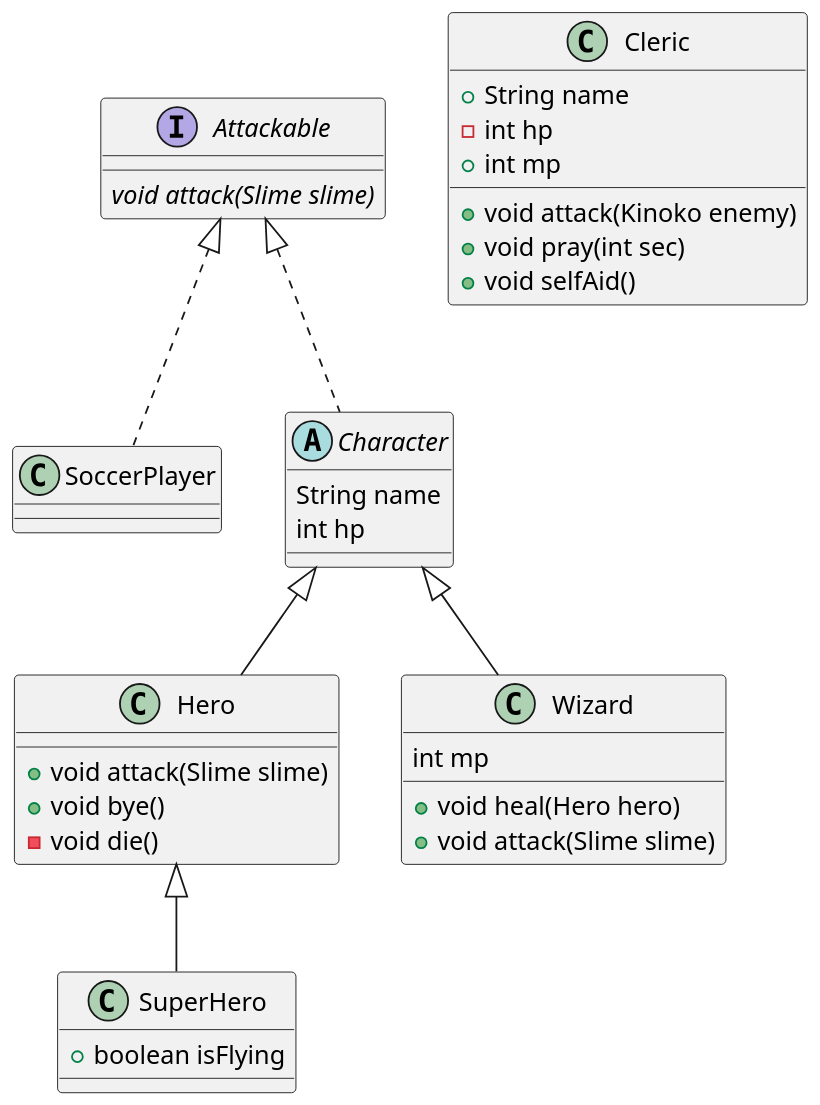
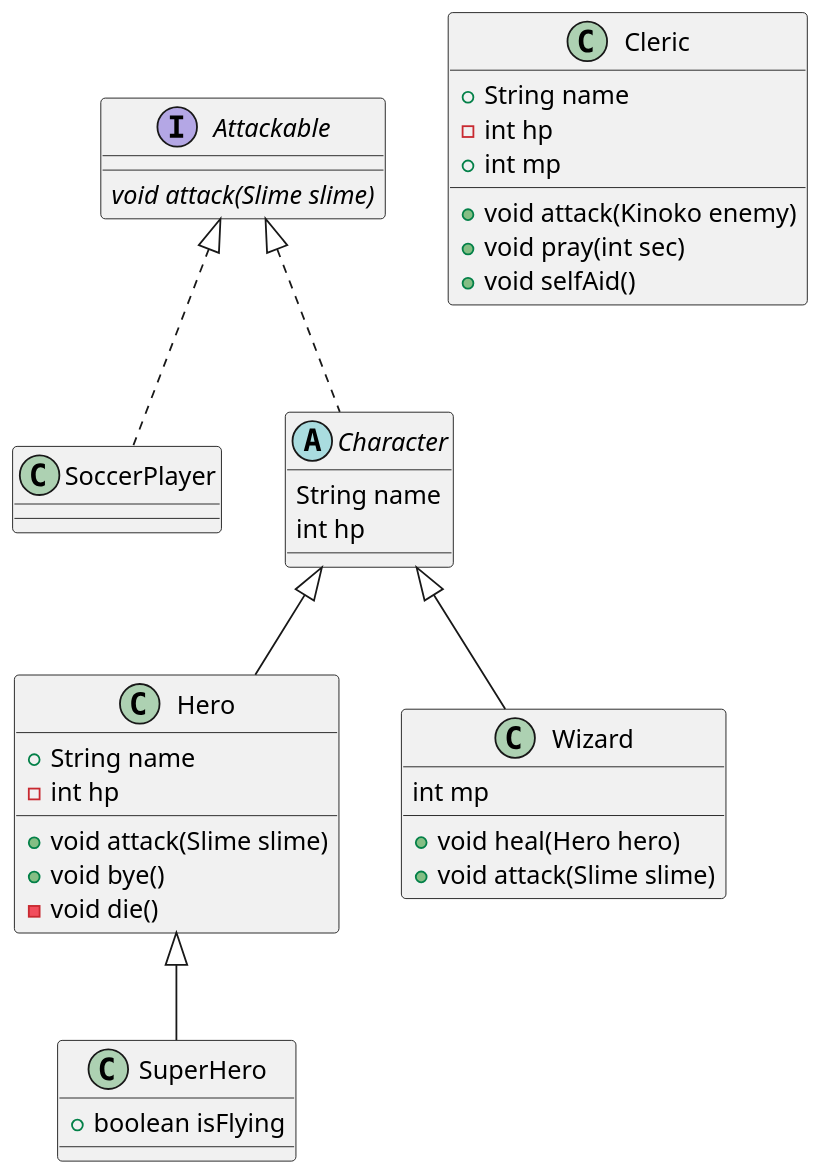
Before and after one commit to SurvivalCodingCampus/polytech_java_study: the diagram in src/main/java/com/survivalcoding/game.puml, drawn with PlantUML. The commit also changed 13 other files, not shown here.

```diff
--- a/src/main/java/com/survivalcoding/game.puml
+++ b/src/main/java/com/survivalcoding/game.puml
@@ -1,44 +1,49 @@
 @startuml
 'https://plantuml.com/class-diagram
 
 scale 1.5
 
 class SuperHero extends Hero {
     + boolean isFlying
 }
 
 interface Attackable {
     {abstract} void attack(Slime slime)
 }
 
 class SoccerPlayer implements Attackable {
+}
+
+class Hero{
+    + String name
+    - int hp
 }
 
 abstract class Character implements Attackable {
     String name
     int hp
 }
 
 class Wizard extends Character {
     int mp
     + void heal(Hero hero)
     + void attack(Slime slime)
 }
 
 class Hero extends Character {
     + void attack(Slime slime)
     + void bye()
     - void die()
 }
 
 class Cleric {
     + String name
     - int hp
     + int mp
 
     + void attack(Kinoko enemy)
     + void pray(int sec)
     + void selfAid()
 }
 
 @enduml
```
